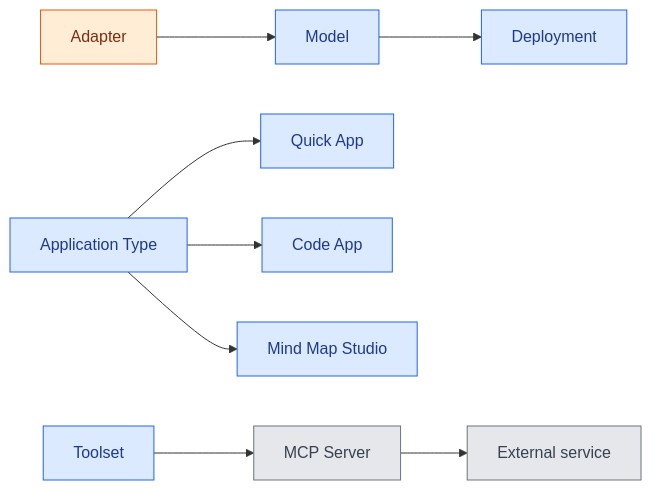
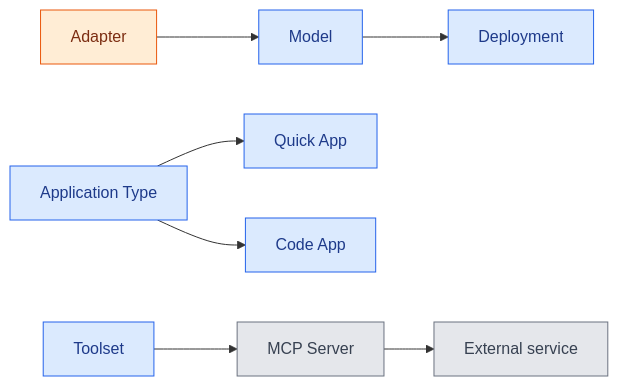
Before and after one commit to epam/ai-dial: the third of 3 diagrams in docs_v2/2.understand-dial/5.foundations/1.core-concepts-and-glossary/1.concept-map.md, drawn with Mermaid. The commit also changed other lines of this file and 426 other files, not shown here.

````diff
--- a/docs_v2/2.understand-dial/5.foundations/1.core-concepts-and-glossary/1.concept-map.md
+++ b/docs_v2/2.understand-dial/5.foundations/1.core-concepts-and-glossary/1.concept-map.md
@@ -84,15 +84,14 @@
 ```mermaid
 graph LR
     AD["Adapter"] --> MODEL["Model"] --> DEP["Deployment"]
     AT["Application Type"] --> QA["Quick App"]
     AT --> CA["Code App"]
-    AT --> MM["Mind Map Studio"]
     TS["Toolset"] --> MCP["MCP Server"] --> SVC["External service"]
 
     classDef coreStyle fill:#dbeafe,stroke:#2563eb,color:#1e3a8a;
     classDef adapterStyle fill:#ffedd5,stroke:#ea580c,color:#7c2d12;
     classDef extStyle fill:#e5e7eb,stroke:#6b7280,color:#374151;
-    class MODEL,DEP,AT,QA,CA,MM,TS coreStyle;
+    class MODEL,DEP,AT,QA,CA,TS coreStyle;
     class AD adapterStyle;
     class MCP,SVC extStyle;
 ```
````
